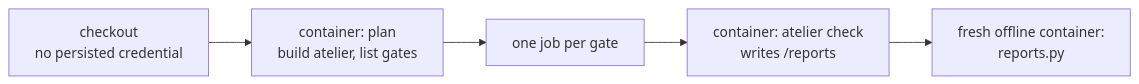
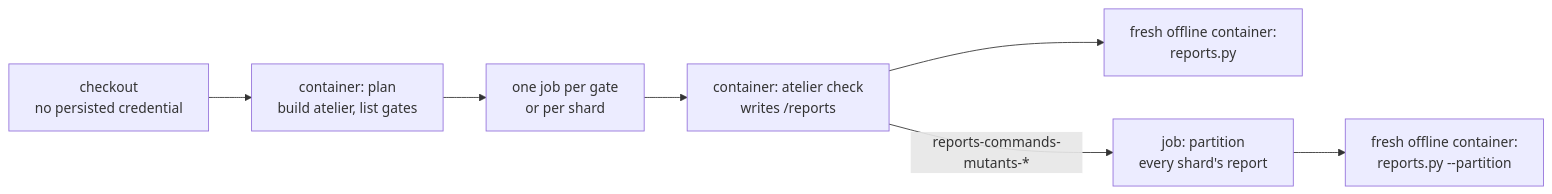
The diagram in .github/ci/README.md (wrkhse/atelier), drawn with Mermaid before and after one commit. The commit also changed other lines of this file and 9 other files, not shown here.

````diff
--- a/.github/ci/README.md
+++ b/.github/ci/README.md
@@ -12,7 +12,9 @@
 ```mermaid
 flowchart LR
     Checkout["checkout<br/>no persisted credential"] --> Plan["container: plan<br/>build atelier, list gates"]
-    Plan --> Matrix["one job per gate"]
+    Plan --> Matrix["one job per gate<br/>or per shard"]
     Matrix --> Gate["container: atelier check<br/>writes /reports"]
     Gate --> Validate["fresh offline container:<br/>reports.py"]
+    Gate -->|"reports-commands-mutants-*"| Partition["job: partition<br/>every shard's report"]
+    Partition --> Proof["fresh offline container:<br/>reports.py --partition"]
 ```
````
